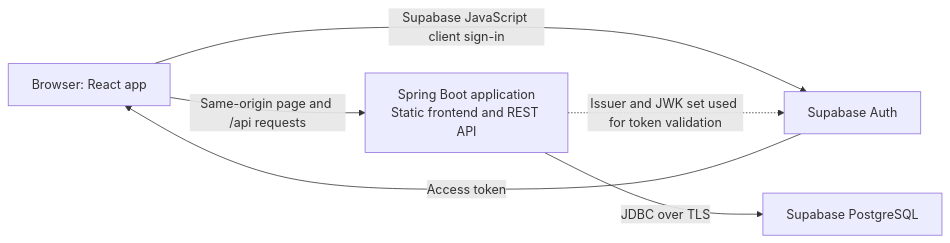
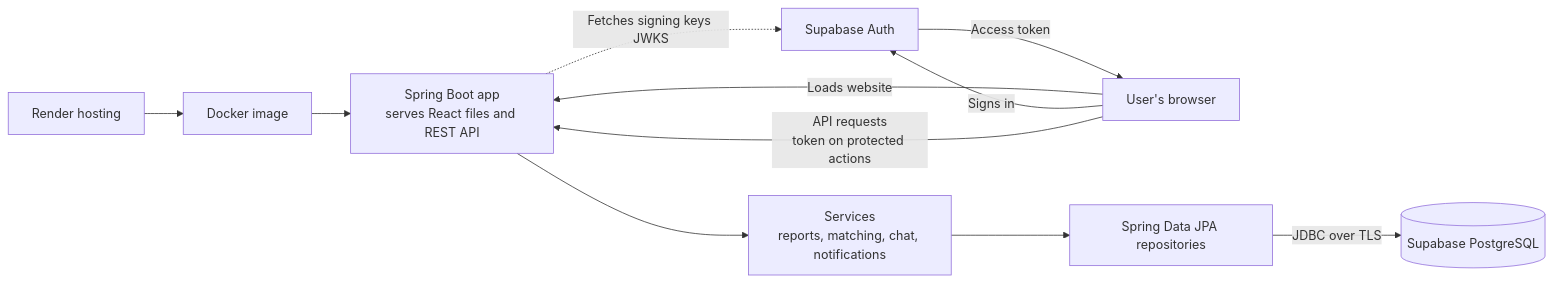
Before and after one commit to chins987/FindLoop: the diagram in README.md, drawn with Mermaid. The commit also changed other lines of this file and 19 other files, not shown here.

````diff
--- a/README.md
+++ b/README.md
@@ -19,8 +48,13 @@
 ```mermaid
 flowchart LR
-    Browser[Browser: React app] -->|Same-origin page and /api requests| App[Spring Boot application<br/>Static frontend and REST API]
-    Browser -->|Supabase JavaScript client sign-in| Auth[Supabase Auth]
+    Render[Render hosting] --> Image[Docker image]
+    Image --> App[Spring Boot app<br/>serves React files and REST API]
+    Browser[User's browser] -->|Loads website| App
+    Browser -->|Signs in| Auth[Supabase Auth]
     Auth -->|Access token| Browser
-    App -.->|Issuer and JWK set used for token validation| Auth
-    App -->|JDBC over TLS| Database[Supabase PostgreSQL]
+    Browser -->|API requests<br/>token on protected actions| App
+    App -.->|Fetches signing keys JWKS| Auth
+    App --> Services[Services<br/>reports, matching, chat, notifications]
+    Services --> Repos[Spring Data JPA repositories]
+    Repos -->|JDBC over TLS| DB[(Supabase PostgreSQL)]
 ```
````
